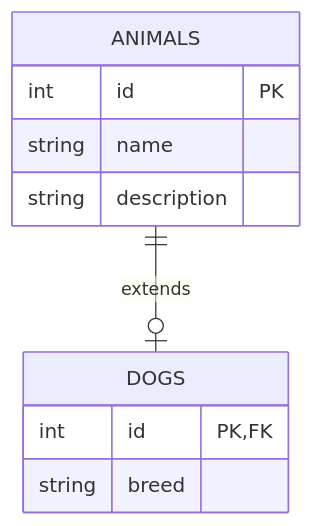
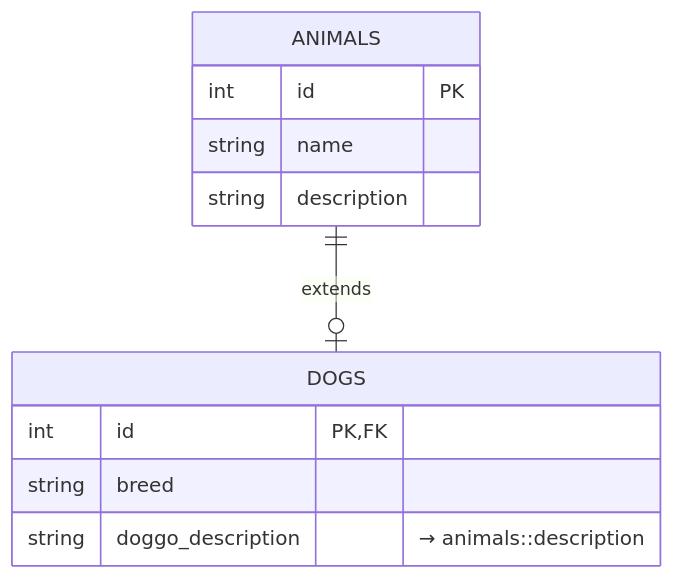
The first of 5 diagrams in README.md (LucaCappelletti94/diesel-builders), drawn with Mermaid before and after one commit. The commit also changed other lines of this file, not shown here.

Commit message:
Updated readme mermaid

````diff
--- a/README.md
+++ b/README.md
@@ -66,13 +66,14 @@
 ```mermaid
 erDiagram
     ANIMALS ||--o| DOGS : extends
     ANIMALS {
         int id PK
         string name
         string description
     }
     DOGS {
         int id PK,FK
         string breed
+        string doggo_description "→ animals::description"
     }
 ```
````
